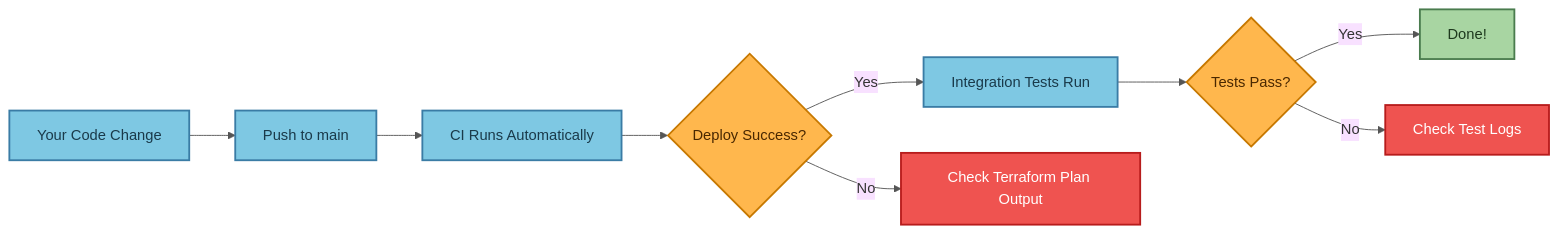
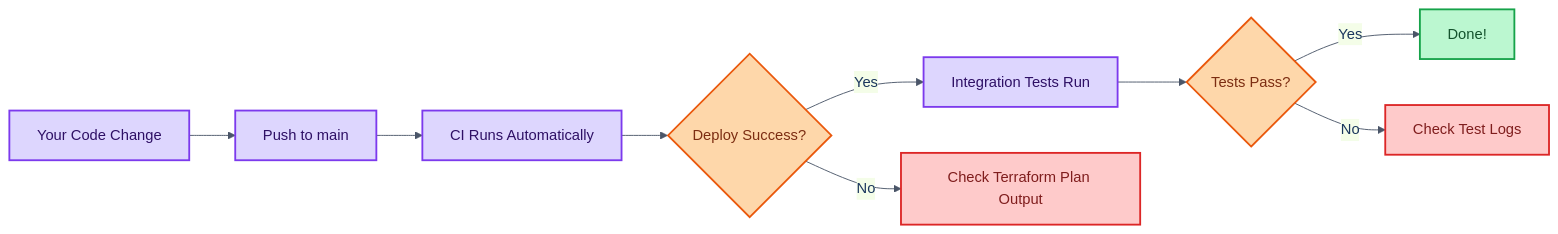
One commit to traylorre/sentiment-analyzer-gsk changed the fourth of 9 diagrams in docs/TERRAFORM_DEPLOYMENT_FLOW.md. Above: the diagram before and after it, drawn with Mermaid. The commit also changed other lines of this file and 3 other files, not shown here.

First line of the commit message:
docs: Update all diagrams with unified WCAG-compliant color palette

````diff
--- a/docs/TERRAFORM_DEPLOYMENT_FLOW.md
+++ b/docs/TERRAFORM_DEPLOYMENT_FLOW.md
@@ -163,22 +163,22 @@
 ```mermaid
-%%{init: {'theme':'base', 'themeVariables': {'primaryColor':'#fff8e1', 'primaryTextColor':'#333', 'primaryBorderColor':'#c9a227', 'lineColor':'#555'}}}%%
+%%{init: {'theme': 'base', 'themeVariables': {'primaryColor': '#e8f4fd', 'primaryTextColor': '#1a365d', 'primaryBorderColor': '#3182ce', 'lineColor': '#4a5568'}}}%%
 flowchart LR
     A[Your Code Change] --> B[Push to main]
     B --> C[CI Runs Automatically]
     C --> D{Deploy Success?}
     D -->|Yes| E[Integration Tests Run]
     D -->|No| F[Check Terraform Plan Output]
     E --> G{Tests Pass?}
     G -->|Yes| H[Done!]
     G -->|No| I[Check Test Logs]
 
-    classDef processNode fill:#7ec8e3,stroke:#3a7ca5,stroke-width:2px,color:#1a3a4a
-    classDef decisionNode fill:#ffb74d,stroke:#c77800,stroke-width:2px,color:#4a2800
-    classDef successNode fill:#a8d5a2,stroke:#4a7c4e,stroke-width:2px,color:#1e3a1e
-    classDef errorNode fill:#ef5350,stroke:#b71c1c,stroke-width:2px,color:#fff
+    classDef processNode fill:#ddd6fe,stroke:#7c3aed,stroke-width:2px,color:#2e1065
+    classDef decisionNode fill:#fed7aa,stroke:#ea580c,stroke-width:2px,color:#7c2d12
+    classDef successNode fill:#bbf7d0,stroke:#16a34a,stroke-width:2px,color:#14532d
+    classDef errorNode fill:#fecaca,stroke:#dc2626,stroke-width:2px,color:#7f1d1d
 
     class A,B,C,E processNode
     class D,G decisionNode
     class H successNode
     class F,I errorNode
 ```
````
